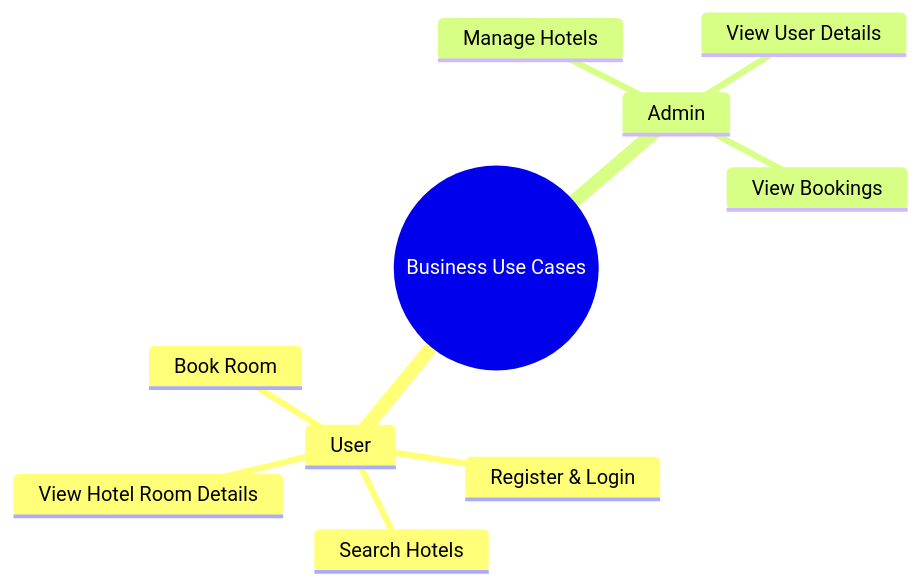
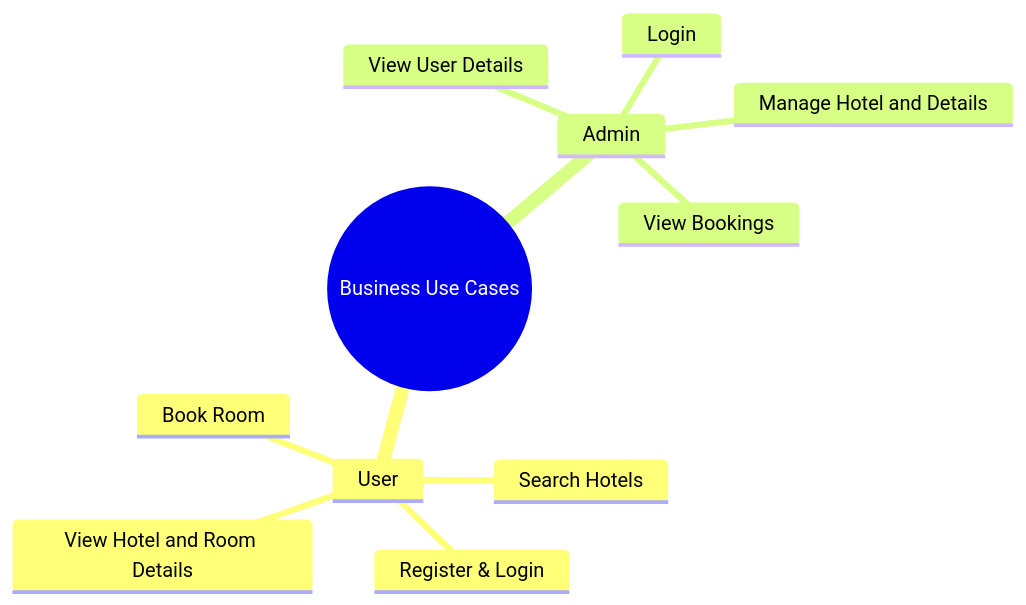
Before and after one commit to Khush-GKMIT/Hotel-Management-System-Docs: the first of 4 diagrams in docs/business-cases.md, drawn with Mermaid. The commit also changed other lines of this file and 6 other files, not shown here.

Commit message:
Updated documentation: improved flowcharts with error handling and removed styling

````diff
--- a/docs/business-cases.md
+++ b/docs/business-cases.md
@@ -11,13 +11,14 @@
 ```mermaid
 mindmap
   root((Business Use Cases))
     User
       Register & Login
       Search Hotels
-      View Hotel Room Details
+      View Hotel and Room Details
       Book Room
     Admin
-      Manage Hotels
+      Login
+      Manage Hotel and Details 
       View User Details
       View Bookings
 ```
````
